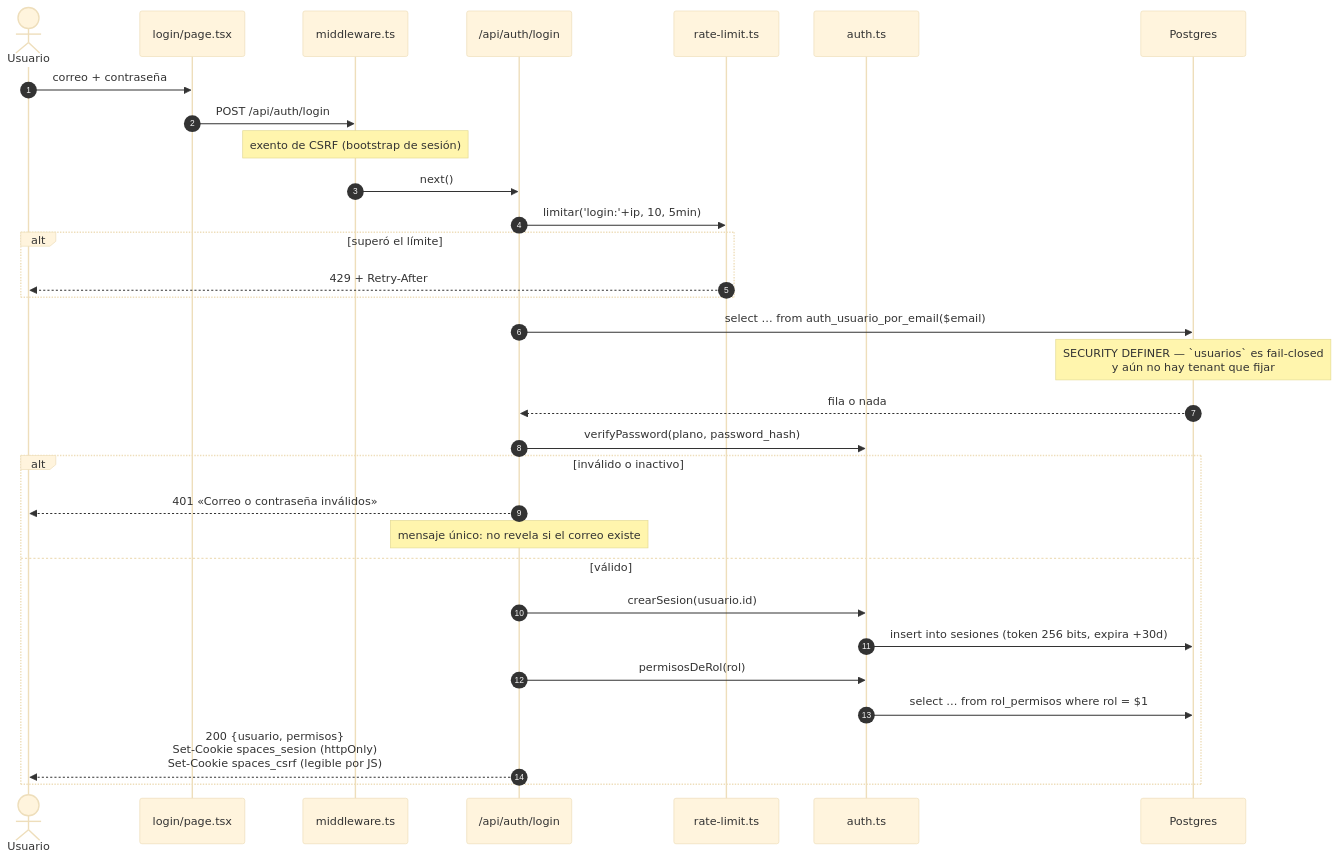
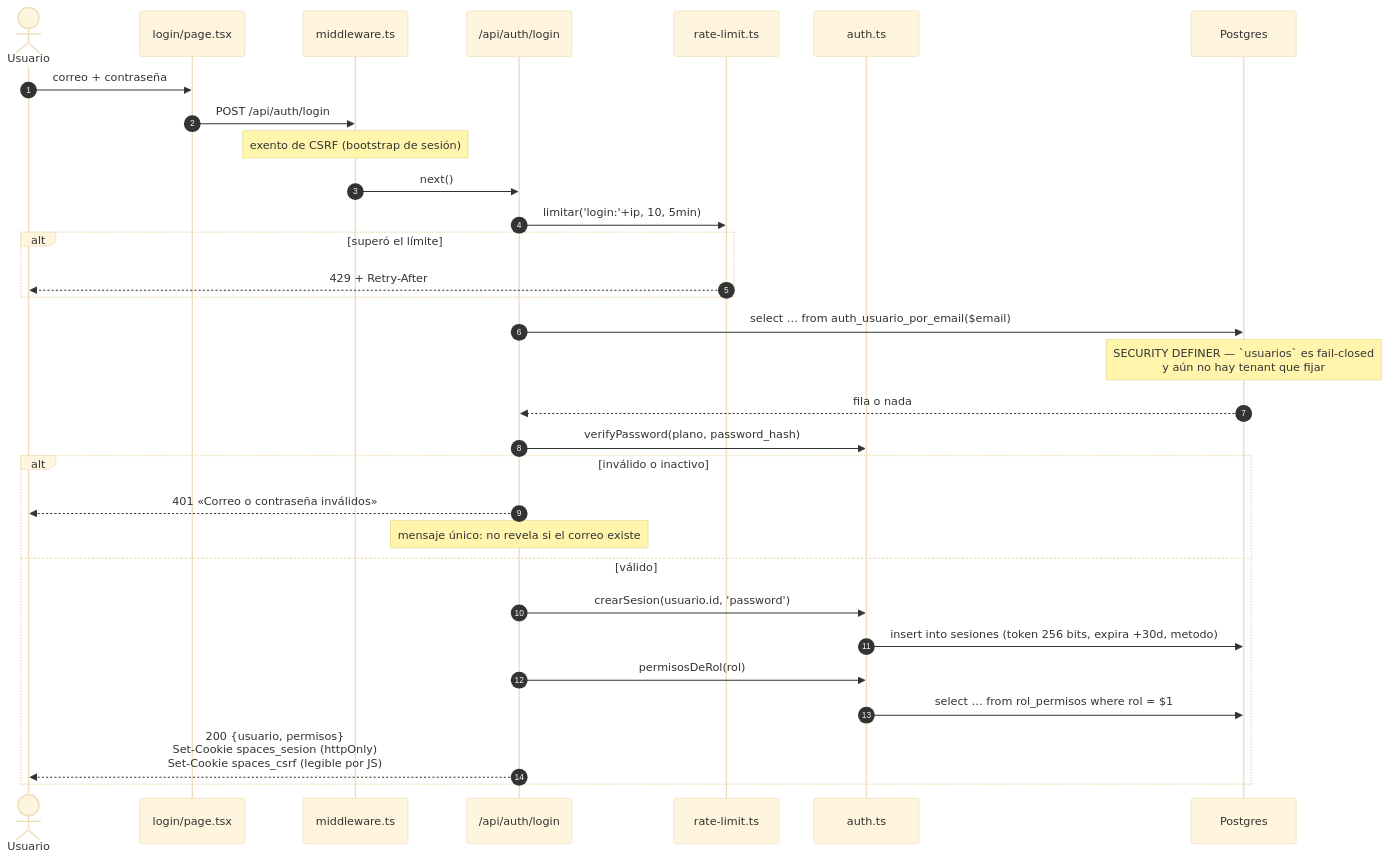
Before and after one commit to emiliano-cyber/spaces_dooh_new: the first of 2 diagrams in vault/05-Flujos/flujo-login.md, drawn with Mermaid (base theme). The commit also changed other lines of this file and 2 other files, not shown here.

````diff
--- a/vault/05-Flujos/flujo-login.md
+++ b/vault/05-Flujos/flujo-login.md
@@ -18,34 +18,34 @@
 ```mermaid
 sequenceDiagram
     autonumber
     actor U as Usuario
     participant P as login/page.tsx
     participant MW as middleware.ts
     participant RT as /api/auth/login
     participant RL as rate-limit.ts
     participant AU as auth.ts
     participant PG as Postgres
 
     U->>P: correo + contraseña
     P->>MW: POST /api/auth/login
     Note over MW: exento de CSRF (bootstrap de sesión)
     MW->>RT: next()
     RT->>RL: limitar('login:'+ip, 10, 5min)
     alt superó el límite
         RL-->>U: 429 + Retry-After
     end
     RT->>PG: select … from auth_usuario_por_email($email)
     Note over PG: SECURITY DEFINER — `usuarios` es fail-closed<br/>y aún no hay tenant que fijar
     PG-->>RT: fila o nada
     RT->>AU: verifyPassword(plano, password_hash)
     alt inválido o inactivo
         RT-->>U: 401 «Correo o contraseña inválidos»
         Note over RT: mensaje único: no revela si el correo existe
     else válido
-        RT->>AU: crearSesion(usuario.id)
-        AU->>PG: insert into sesiones (token 256 bits, expira +30d)
+        RT->>AU: crearSesion(usuario.id, 'password')
+        AU->>PG: insert into sesiones (token 256 bits, expira +30d, metodo)
         RT->>AU: permisosDeRol(rol)
         AU->>PG: select … from rol_permisos where rol = $1
         RT-->>U: 200 {usuario, permisos}<br/>Set-Cookie spaces_sesion (httpOnly)<br/>Set-Cookie spaces_csrf (legible por JS)
     end
 ```
````
